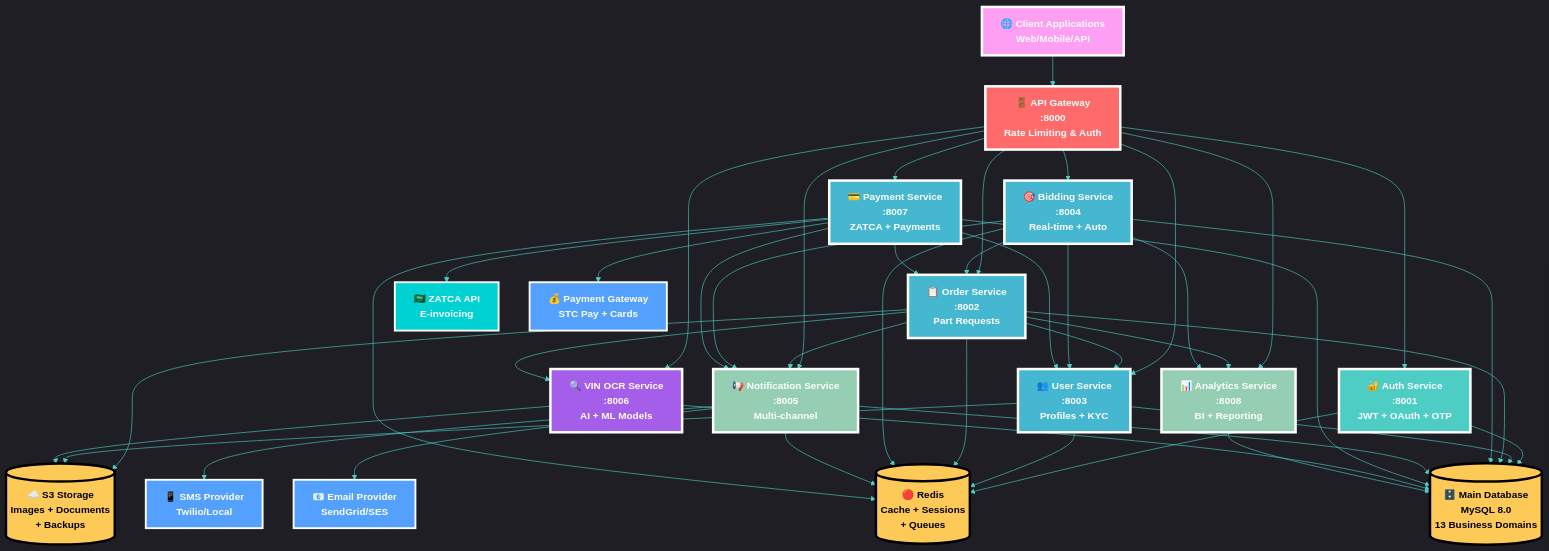
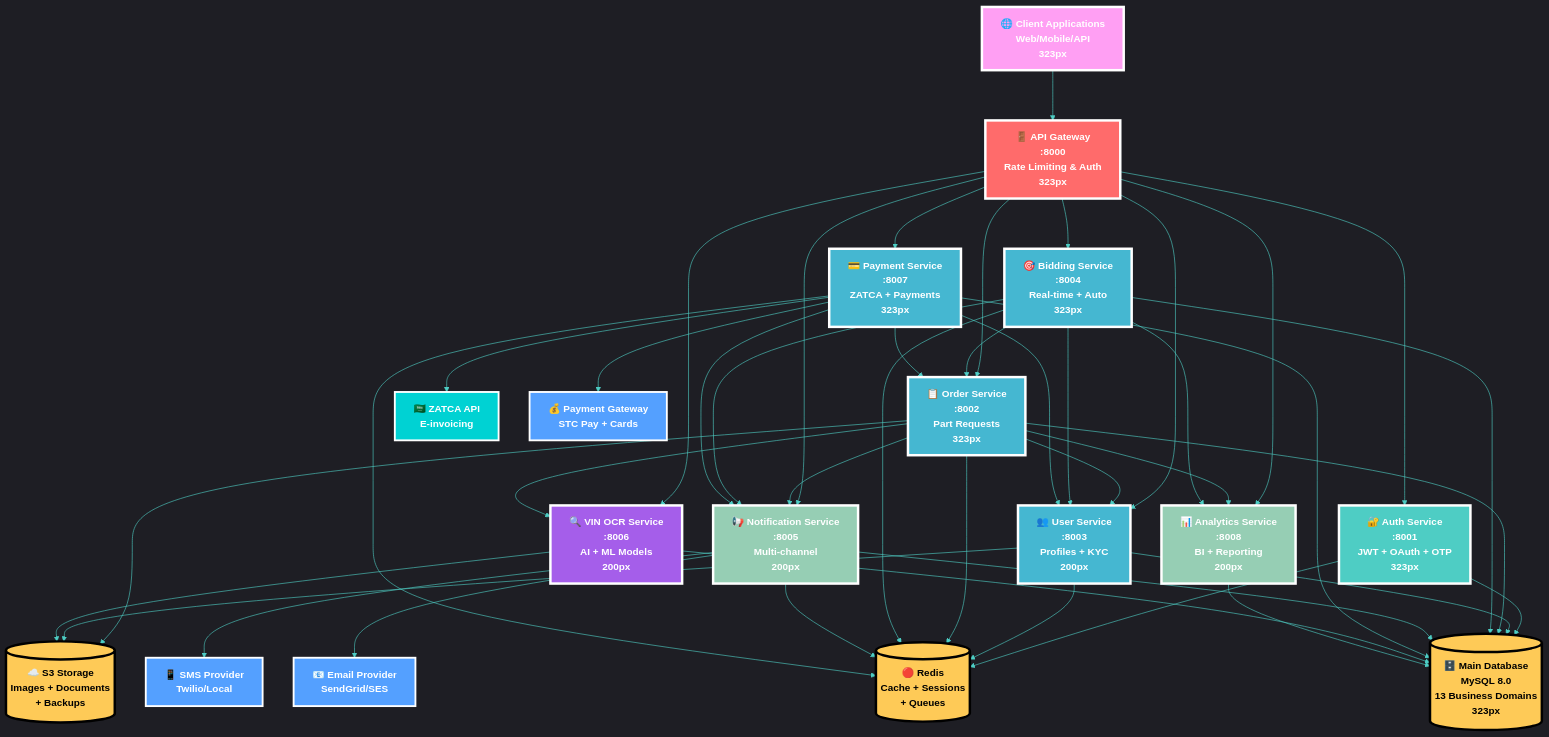
One commit to abdoElHodaky/larvrevrstender changed the first of 7 diagrams in diagrams/service-architecture.md. Above: the diagram before and after it, drawn with Mermaid. The commit also changed other lines of this file and 3 other files, not shown here.

First line of the commit message:
feat: Sequential Golden Ratio optimization - Phase 6 remaining diagrams

```diff
--- a/diagrams/service-architecture.md
+++ b/diagrams/service-architecture.md
@@ -18,26 +20,31 @@
     'mainBkg': '#1E293B',
     'secondBkg': '#334155',
     'tertiaryBkg': '#475569'
+  },
+  'flowchart': {
+    'rankSpacing': 81,
+    'nodeSpacing': 50,
+    'curve': 'basis'
   }
 }}%%
 
 graph TB
     %% External Systems
-    Client[🌐 Client Applications<br/>Web/Mobile/API]
-    Gateway[🚪 API Gateway<br/>:8000<br/>Rate Limiting & Auth]
+    Client["🌐 Client Applications<br/>Web/Mobile/API<br/>323px"]
+    Gateway["🚪 API Gateway<br/>:8000<br/>Rate Limiting & Auth<br/>323px"]
     
     %% Core Services
-    AuthSvc[🔐 Auth Service<br/>:8001<br/>JWT + OAuth + OTP]
-    UserSvc[👥 User Service<br/>:8003<br/>Profiles + KYC]
-    OrderSvc[📋 Order Service<br/>:8002<br/>Part Requests]
-    BiddingSvc[🎯 Bidding Service<br/>:8004<br/>Real-time + Auto]
-    NotificationSvc[📢 Notification Service<br/>:8005<br/>Multi-channel]
-    PaymentSvc[💳 Payment Service<br/>:8007<br/>ZATCA + Payments]
-    VinOcrSvc[🔍 VIN OCR Service<br/>:8006<br/>AI + ML Models]
-    AnalyticsSvc[📊 Analytics Service<br/>:8008<br/>BI + Reporting]
+    AuthSvc["🔐 Auth Service<br/>:8001<br/>JWT + OAuth + OTP<br/>323px"]
+    UserSvc["👥 User Service<br/>:8003<br/>Profiles + KYC<br/>200px"]
+    OrderSvc["📋 Order Service<br/>:8002<br/>Part Requests<br/>323px"]
+    BiddingSvc["🎯 Bidding Service<br/>:8004<br/>Real-time + Auto<br/>323px"]
+    NotificationSvc["📢 Notification Service<br/>:8005<br/>Multi-channel<br/>200px"]
+    PaymentSvc["💳 Payment Service<br/>:8007<br/>ZATCA + Payments<br/>323px"]
+    VinOcrSvc["🔍 VIN OCR Service<br/>:8006<br/>AI + ML Models<br/>200px"]
+    AnalyticsSvc["📊 Analytics Service<br/>:8008<br/>BI + Reporting<br/>200px"]
     
     %% Data Layer
-    MainDB[(🗄️ Main Database<br/>MySQL 8.0<br/>13 Business Domains)]
+    MainDB[("🗄️ Main Database<br/>MySQL 8.0<br/>13 Business Domains<br/>323px")]
     Redis[(🔴 Redis<br/>Cache + Sessions<br/>+ Queues)]
     S3[(☁️ S3 Storage<br/>Images + Documents<br/>+ Backups)]
     
```
